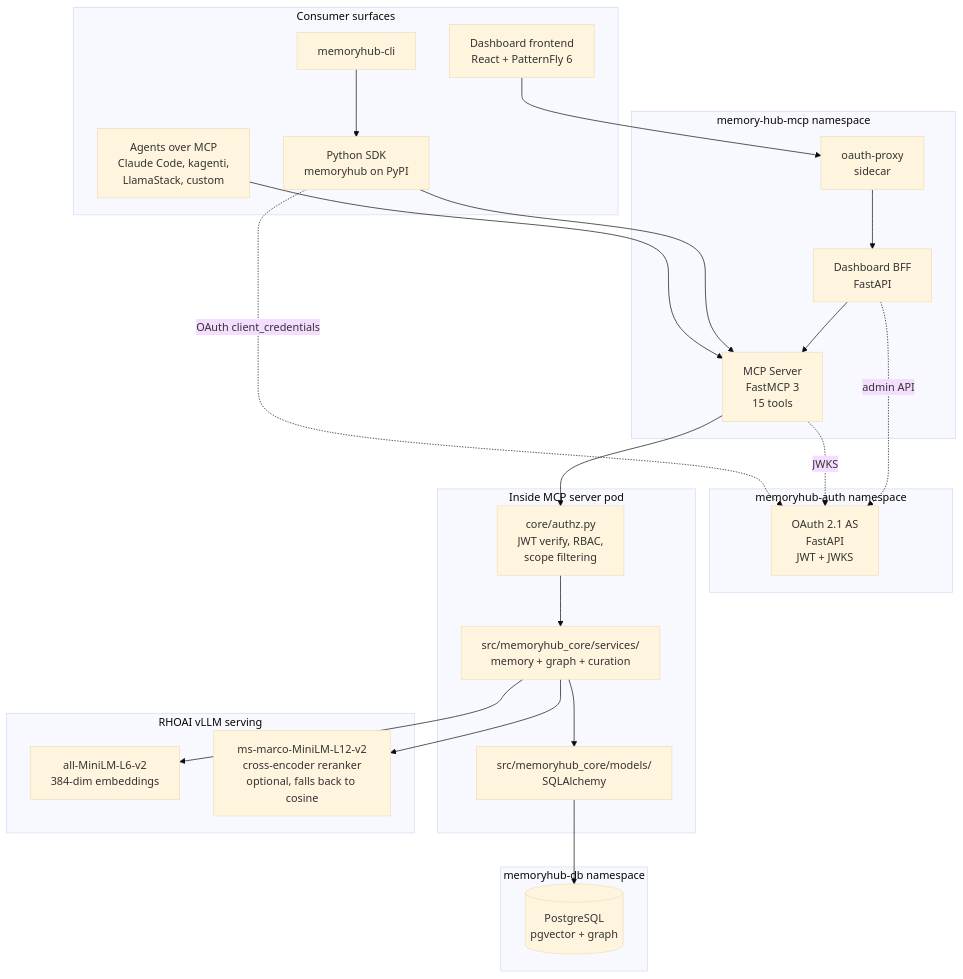
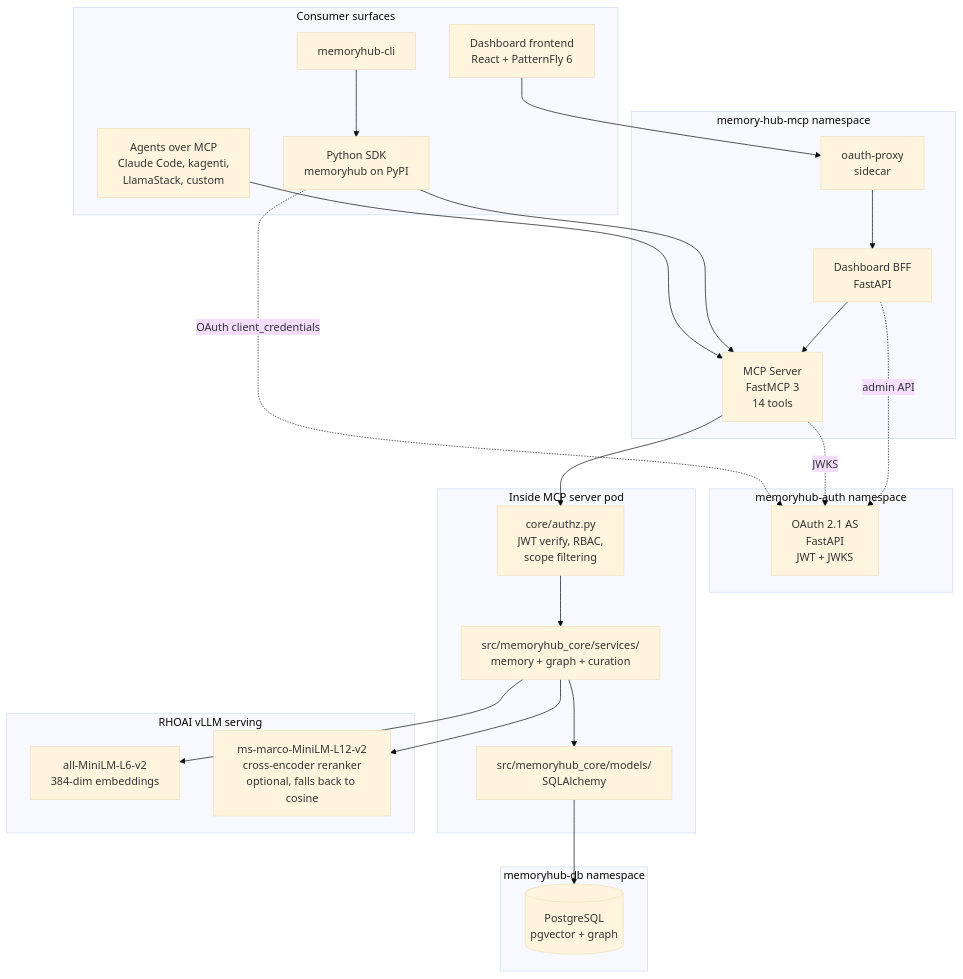
The first of 4 diagrams in docs/ARCHITECTURE.md (redhat-ai-americas/memory-hub), drawn with Mermaid (base theme) before and after one commit. The commit also changed other lines of this file and 6 other files, not shown here.

First line of the commit message:
docs: Update for #188 auto-enrollment and MCP server v0.5.0

````diff
--- a/docs/ARCHITECTURE.md
+++ b/docs/ARCHITECTURE.md
@@ -9,51 +9,51 @@
 ```mermaid
 graph TB
     subgraph "Consumer surfaces"
         AGENT[Agents over MCP<br/>Claude Code, kagenti,<br/>LlamaStack, custom]
         SDK[Python SDK<br/>memoryhub on PyPI]
         CLI[memoryhub-cli]
         UI_FE[Dashboard frontend<br/>React + PatternFly 6]
     end
 
     subgraph "memory-hub-mcp namespace"
-        MCP[MCP Server<br/>FastMCP 3<br/>15 tools]
+        MCP[MCP Server<br/>FastMCP 3<br/>14 tools]
         UI_BE[Dashboard BFF<br/>FastAPI]
         OAP[oauth-proxy<br/>sidecar]
     end
 
     subgraph "memoryhub-auth namespace"
         AUTH[OAuth 2.1 AS<br/>FastAPI<br/>JWT + JWKS]
     end
 
     subgraph "Inside MCP server pod"
         AUTHZ[core/authz.py<br/>JWT verify, RBAC,<br/>scope filtering]
         SVC[src/memoryhub_core/services/<br/>memory + graph + curation]
         MOD[src/memoryhub_core/models/<br/>SQLAlchemy]
     end
 
     subgraph "memoryhub-db namespace"
         PG[(PostgreSQL<br/>pgvector + graph)]
     end
 
     subgraph "RHOAI vLLM serving"
         EMB[all-MiniLM-L6-v2<br/>384-dim embeddings]
         RR[ms-marco-MiniLM-L12-v2<br/>cross-encoder reranker<br/>optional, falls back to cosine]
     end
 
     AGENT --> MCP
     SDK --> MCP
     CLI --> SDK
     UI_FE --> OAP --> UI_BE --> MCP
 
     SDK -. OAuth client_credentials .-> AUTH
     MCP -. JWKS .-> AUTH
     UI_BE -. admin API .-> AUTH
 
     MCP --> AUTHZ
     AUTHZ --> SVC
     SVC --> MOD
     MOD --> PG
 
     SVC --> EMB
     SVC --> RR
 ```
````
